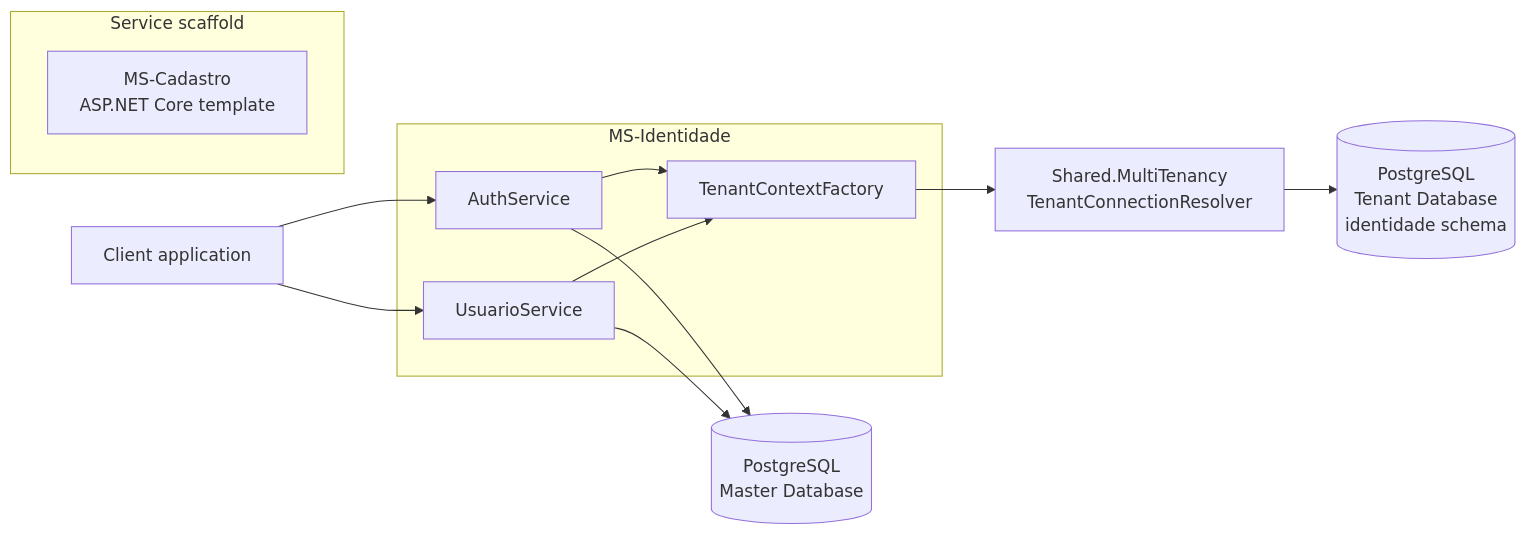
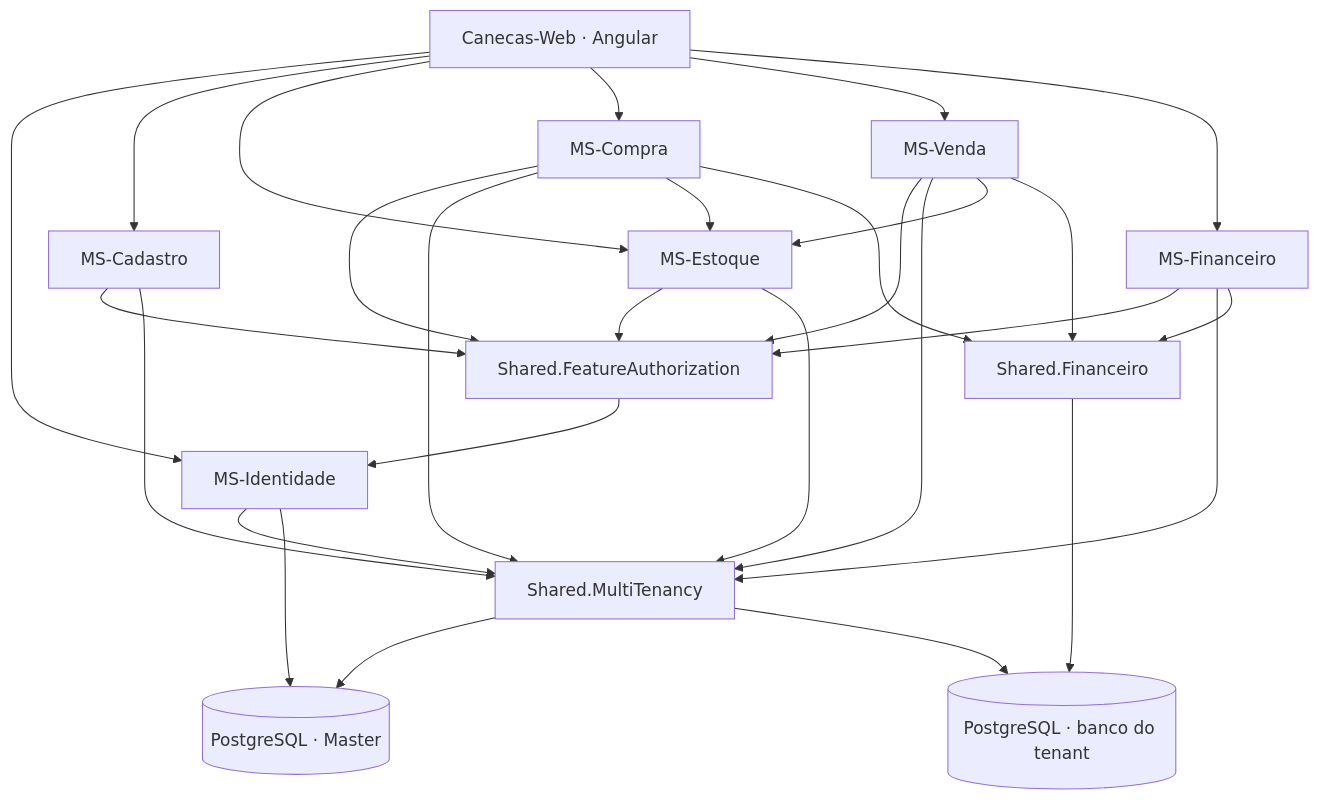
The first of 3 diagrams in README.md (spedrosantos/ERP_Canecas), drawn with Mermaid before and after one commit. The commit also changed other lines of this file, not shown here.

````diff
--- a/README.md
+++ b/README.md
@@ -294,27 +45,25 @@
 ```mermaid
-flowchart LR
-    CLIENT["Client application"]
-
-    subgraph IDENTITY["MS-Identidade"]
-        AUTH["AuthService"]
-        USER["UsuarioService"]
-        FACTORY["TenantContextFactory"]
-    end
-
-    MASTER[("PostgreSQL<br/>Master Database")]
-    RESOLVER["Shared.MultiTenancy<br/>TenantConnectionResolver"]
-    TENANT[("PostgreSQL<br/>Tenant Database<br/>identidade schema")]
-
-    CLIENT --> AUTH
-    CLIENT --> USER
-    AUTH --> MASTER
-    USER --> MASTER
-    AUTH --> FACTORY
-    USER --> FACTORY
-    FACTORY --> RESOLVER
-    RESOLVER --> TENANT
-
-    subgraph INITIAL["Service scaffold"]
-        CAD["MS-Cadastro<br/>ASP.NET Core template"]
-    end
+flowchart TB
+    WEB["Canecas-Web · Angular"]
+    ID["MS-Identidade"]
+    CAD["MS-Cadastro"]
+    EST["MS-Estoque"]
+    COM["MS-Compra"]
+    VEN["MS-Venda"]
+    FIN["MS-Financeiro"]
+    MASTER[("PostgreSQL · Master")]
+    MT["Shared.MultiTenancy"]
+    FA["Shared.FeatureAuthorization"]
+    SF["Shared.Financeiro"]
+    TENANT[("PostgreSQL · banco do tenant")]
+    WEB --> ID & CAD & EST & COM & VEN & FIN
+    CAD & EST & COM & VEN & FIN --> FA
+    FA --> ID
+    ID & CAD & EST & COM & VEN & FIN --> MT
+    ID --> MASTER
+    MT --> MASTER
+    MT --> TENANT
+    COM & VEN --> EST
+    COM & VEN & FIN --> SF
+    SF --> TENANT
 ```
````
